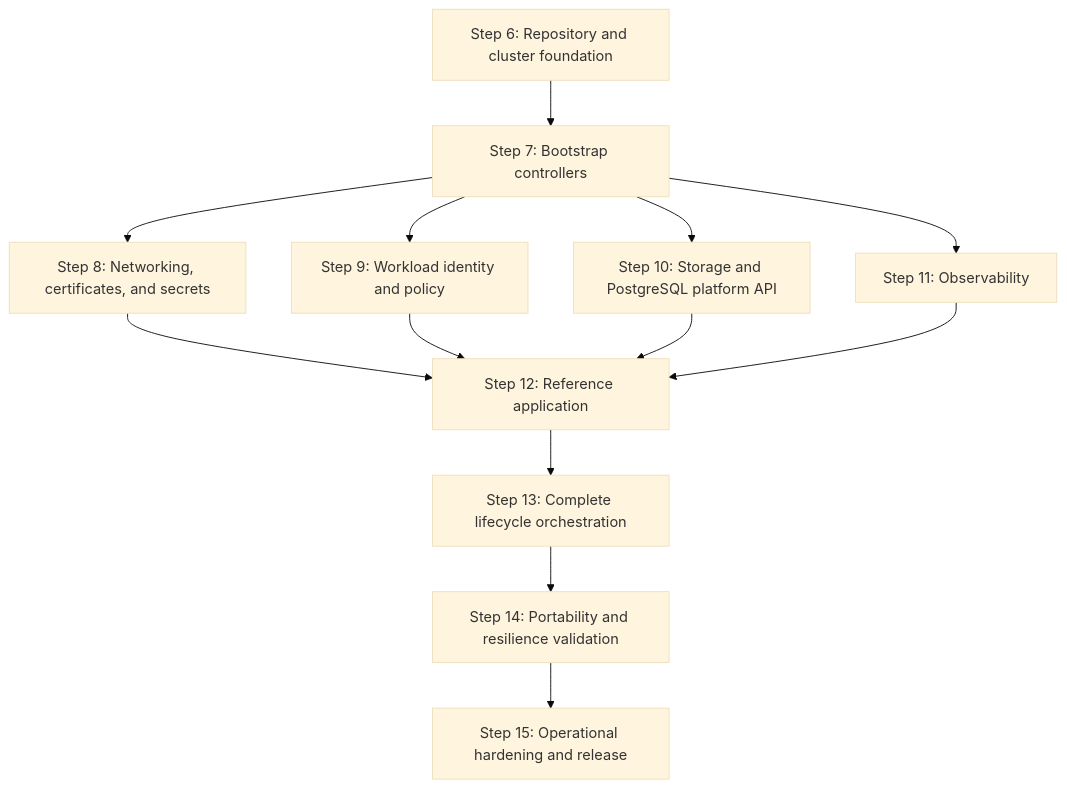
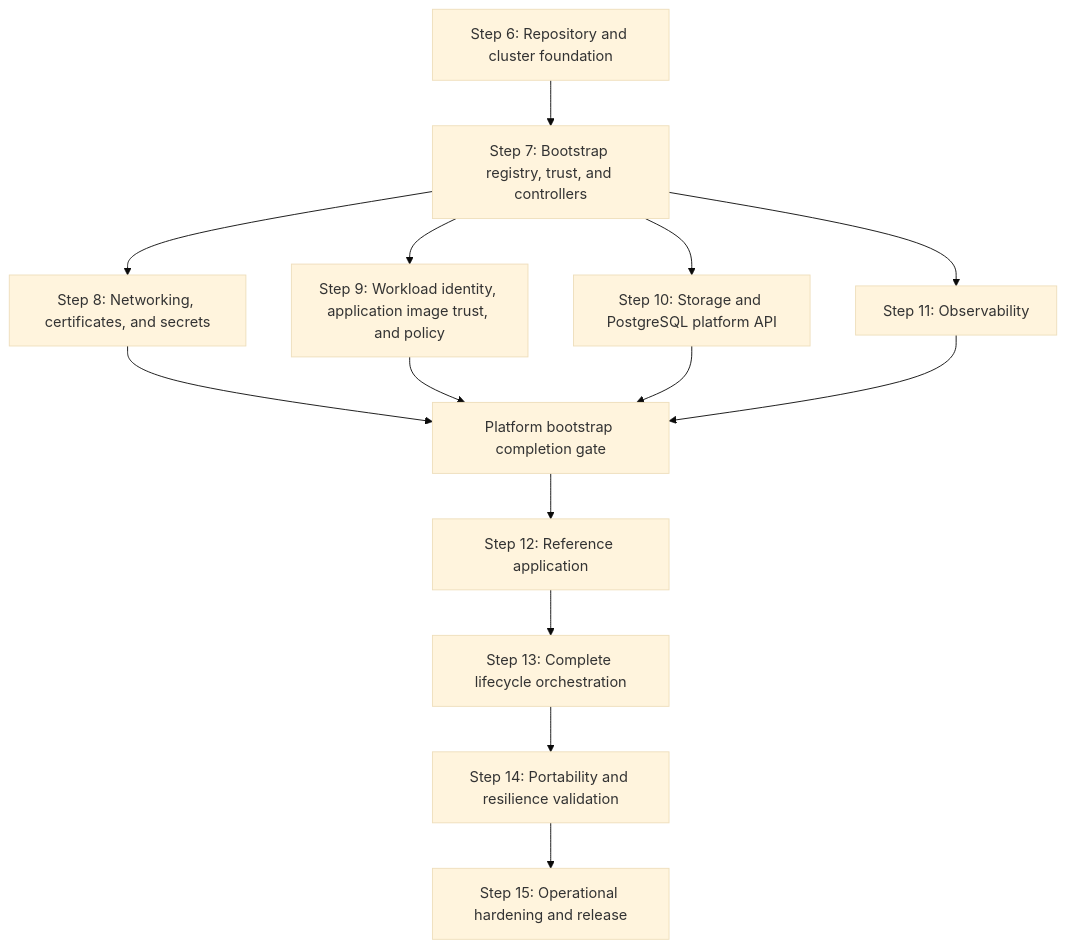
One commit to corekraft/kore changed the diagram in infra/plans/2-implementation.md. Above: the diagram before and after it, drawn with Mermaid (base theme). The commit also changed other lines of this file and 14 other files, not shown here.

````diff
--- a/infra/plans/2-implementation.md
+++ b/infra/plans/2-implementation.md
@@ -32,26 +41,28 @@
 ```mermaid
 flowchart TD
     s6[Step 6: Repository and cluster foundation]
-    s7[Step 7: Bootstrap controllers]
+    s7[Step 7: Bootstrap registry, trust, and controllers]
     s8[Step 8: Networking, certificates, and secrets]
-    s9[Step 9: Workload identity and policy]
+    s9[Step 9: Workload identity, application image trust, and policy]
     s10[Step 10: Storage and PostgreSQL platform API]
     s11[Step 11: Observability]
+    gate[Platform bootstrap completion gate]
     s12[Step 12: Reference application]
     s13[Step 13: Complete lifecycle orchestration]
     s14[Step 14: Portability and resilience validation]
     s15[Step 15: Operational hardening and release]
 
     s6 --> s7
     s7 --> s8
     s7 --> s9
     s7 --> s10
     s7 --> s11
-    s8 --> s12
-    s9 --> s12
-    s10 --> s12
-    s11 --> s12
+    s8 --> gate
+    s9 --> gate
+    s10 --> gate
+    s11 --> gate
+    gate --> s12
     s12 --> s13
     s13 --> s14
     s14 --> s15
 ```
````
